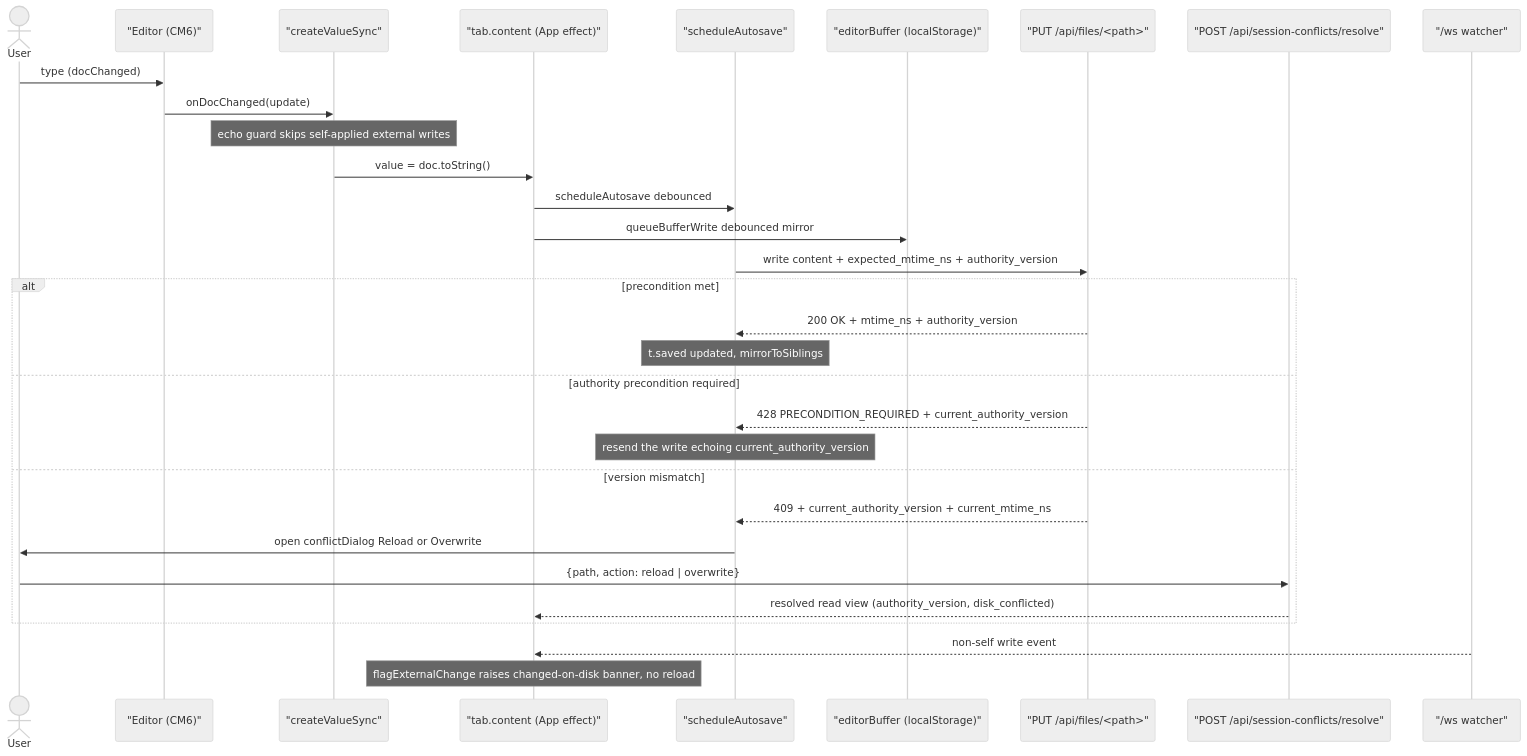
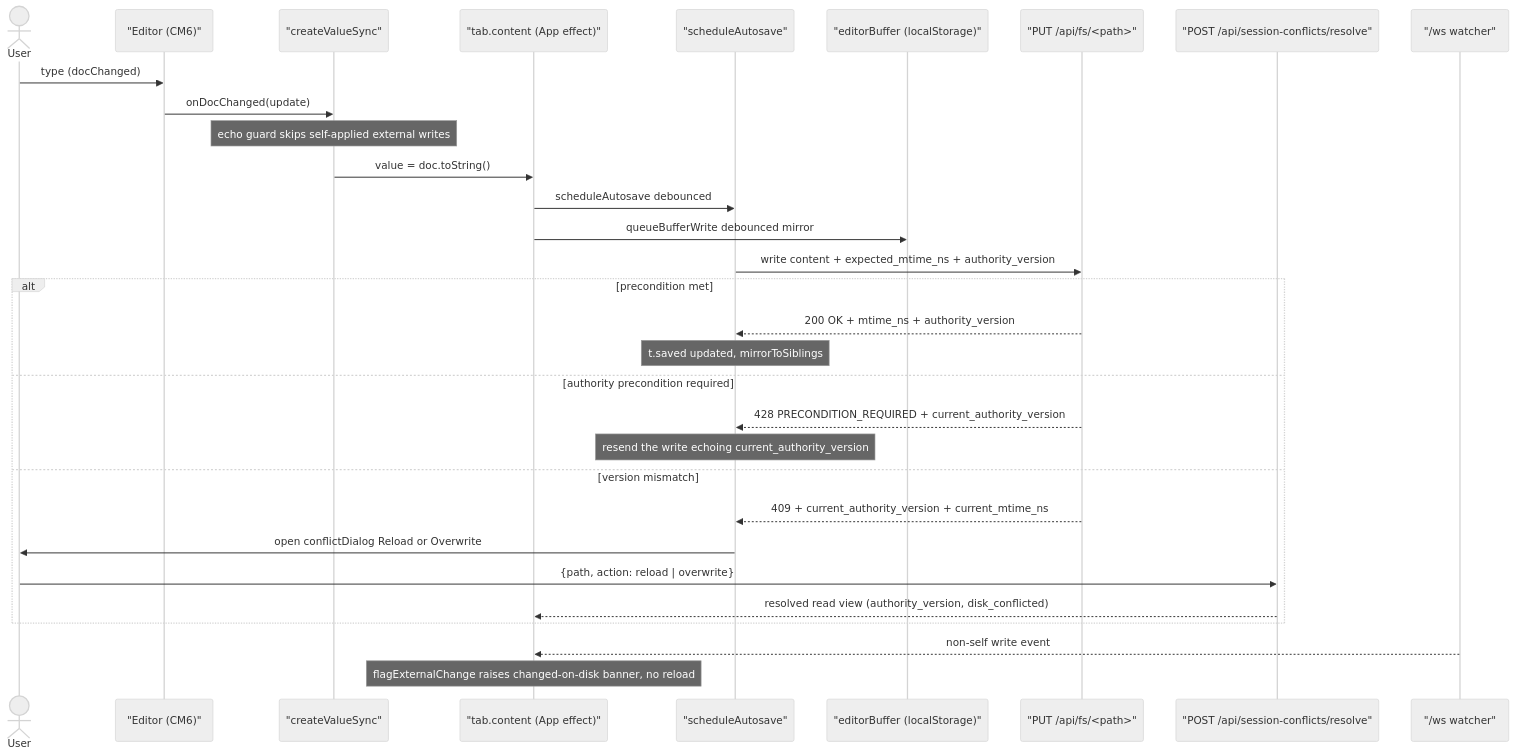
Before and after one commit to fiorix/chan: the fourth of 4 diagrams in web/packages/workspace-app/src/editor/design.md, drawn with Mermaid (neutral theme). The commit also changed other lines of this file and 66 other files, not shown here.

````diff
--- a/web/packages/workspace-app/src/editor/design.md
+++ b/web/packages/workspace-app/src/editor/design.md
@@ -174,34 +174,34 @@
 ```mermaid
 sequenceDiagram
     actor User
     participant CM as "Editor (CM6)"
     participant Sync as "createValueSync"
     participant Tab as "tab.content (App effect)"
     participant Save as "scheduleAutosave"
     participant LS as "editorBuffer (localStorage)"
-    participant Srv as "PUT /api/files/<path>"
+    participant Srv as "PUT /api/fs/<path>"
     participant Res as "POST /api/session-conflicts/resolve"
     participant WS as "/ws watcher"
 
     User->>CM: type (docChanged)
     CM->>Sync: onDocChanged(update)
     Note over Sync: echo guard skips self-applied external writes
     Sync->>Tab: value = doc.toString()
     Tab->>Save: scheduleAutosave debounced
     Tab->>LS: queueBufferWrite debounced mirror
     Save->>Srv: write content + expected_mtime_ns + authority_version
     alt precondition met
         Srv-->>Save: 200 OK + mtime_ns + authority_version
         Note over Save: t.saved updated, mirrorToSiblings
     else authority precondition required
         Srv-->>Save: 428 PRECONDITION_REQUIRED + current_authority_version
         Note over Save: resend the write echoing current_authority_version
     else version mismatch
         Srv-->>Save: 409 + current_authority_version + current_mtime_ns
         Save->>User: open conflictDialog Reload or Overwrite
         User->>Res: {path, action: reload | overwrite}
         Res-->>Tab: resolved read view (authority_version, disk_conflicted)
     end
     WS-->>Tab: non-self write event
     Note over Tab: flagExternalChange raises changed-on-disk banner, no reload
 ```
````
